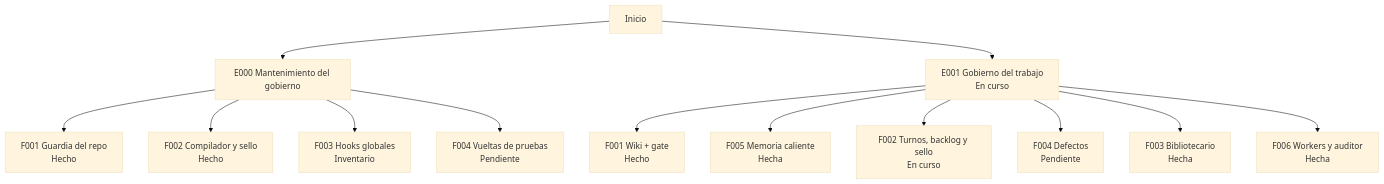
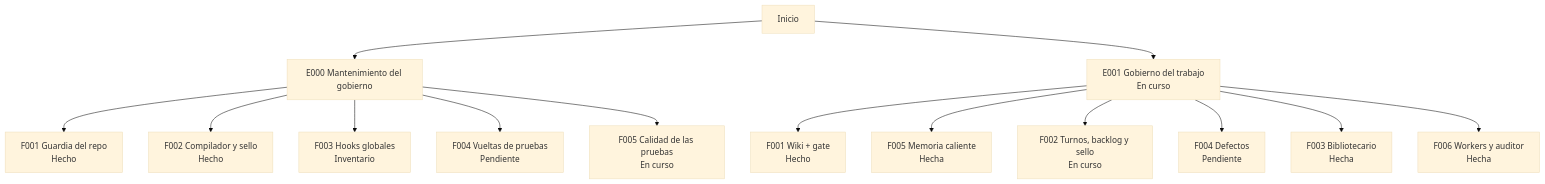
Before and after one commit to jliberal-aquas/aquas-central-harness-government: the second of 2 diagrams in docs/README.md, drawn with Mermaid (base theme). The commit also changed other lines of this file and 9 other files, not shown here.

````diff
--- a/docs/README.md
+++ b/docs/README.md
@@ -103,15 +103,16 @@
 ```mermaid
 flowchart TD
     R["Inicio"] --> E0["E000 Mantenimiento del gobierno"]
     R --> E1["E001 Gobierno del trabajo<br/>En curso"]
     E0 --> E0F1["F001 Guardia del repo<br/>Hecho"]
     E0 --> E0F2["F002 Compilador y sello<br/>Hecho"]
     E0 --> E0F3["F003 Hooks globales<br/>Inventario"]
     E0 --> E0F4["F004 Vueltas de pruebas<br/>Pendiente"]
+    E0 --> E0F5["F005 Calidad de las pruebas<br/>En curso"]
     E1 --> E1F1["F001 Wiki + gate<br/>Hecho"]
     E1 --> E1F5["F005 Memoria caliente<br/>Hecha"]
     E1 --> E1F2["F002 Turnos, backlog y sello<br/>En curso"]
     E1 --> E1F4["F004 Defectos<br/>Pendiente"]
     E1 --> E1F3["F003 Bibliotecario<br/>Hecha"]
     E1 --> E1F6["F006 Workers y auditor<br/>Hecha"]
 ```
````
